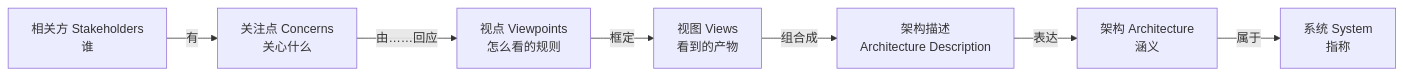
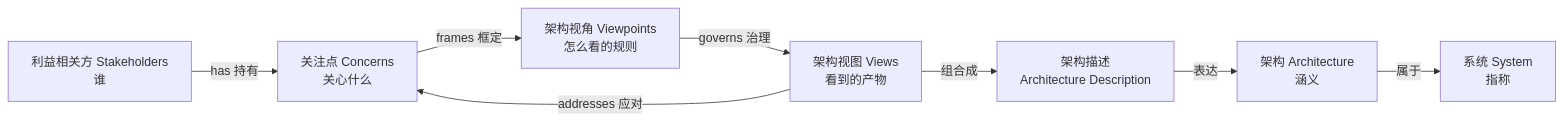
One commit to Yongjunzhou/AOS-system-design changed the third of 5 diagrams in 100-subprojects/01-系统工程研究/03-架构师是个怎样的物种/10-第10章-架构.md. Above: the diagram before and after it, drawn with Mermaid. The commit also changed other lines of this file and 42 other files, not shown here.

````diff
--- a/100-subprojects/01-系统工程研究/03-架构师是个怎样的物种/10-第10章-架构.md
+++ b/100-subprojects/01-系统工程研究/03-架构师是个怎样的物种/10-第10章-架构.md
@@ -480,9 +507,10 @@
 ```mermaid
 flowchart LR
-    A["相关方 Stakeholders<br/>谁"] -->|"有"| B["关注点 Concerns<br/>关心什么"]
-    B -->|"由……回应"| C["视点 Viewpoints<br/>怎么看的规则"]
-    C -->|"框定"| D["视图 Views<br/>看到的产物"]
+    A["利益相关方 Stakeholders<br/>谁"] -->|"has 持有"| B["关注点 Concerns<br/>关心什么"]
+    B -->|"frames 框定"| C["架构视角 Viewpoints<br/>怎么看的规则"]
+    C -->|"governs 治理"| D["架构视图 Views<br/>看到的产物"]
+    D -->|"addresses 应对"| B
     D -->|"组合成"| E["架构描述<br/>Architecture Description"]
     E -->|"表达"| F["架构 Architecture<br/>涵义"]
     F -->|"属于"| G["系统 System<br/>指称"]
 ```
````
